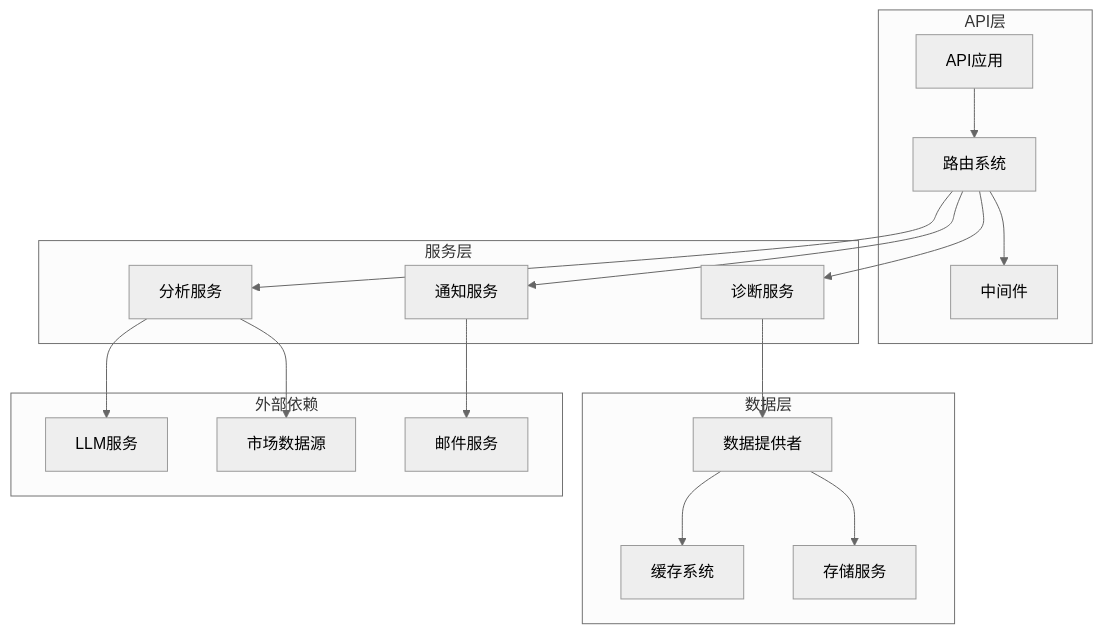
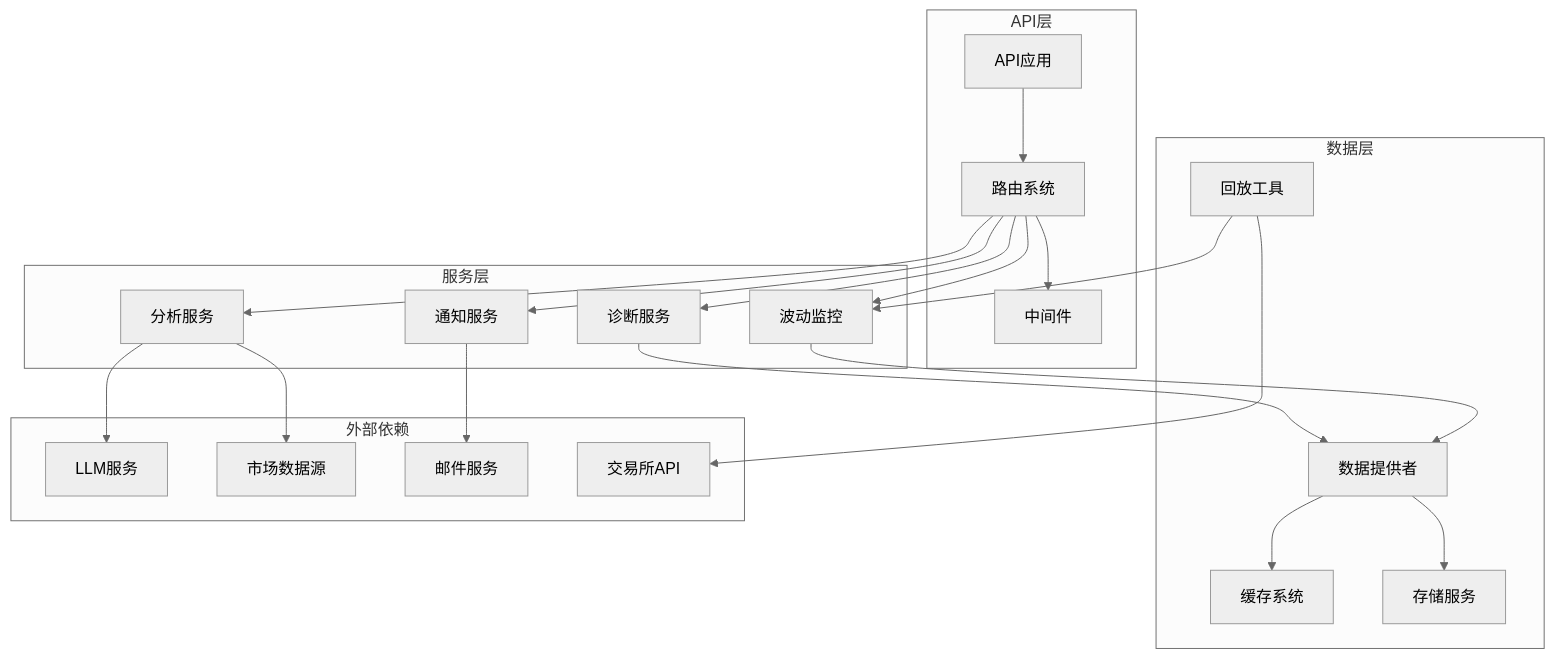
Before and after one commit to anYaoooo/daily_stock_analysis: the seventh of 8 diagrams in .qoder/repowiki/zh/content/故障排除.md, drawn with Mermaid (neutral theme). The commit also changed other lines of this file and 148 other files, not shown here.

````diff
--- a/.qoder/repowiki/zh/content/故障排除.md
+++ b/.qoder/repowiki/zh/content/故障排除.md
@@ -230,34 +301,41 @@
 ```mermaid
 graph TB
 subgraph "API层"
 App["API应用"]
 Router["路由系统"]
 Middleware["中间件"]
 end
 subgraph "服务层"
 Diagnostics["诊断服务"]
 Notification["通知服务"]
 Analysis["分析服务"]
+VolMonitor["波动监控"]
 end
 subgraph "数据层"
 DataProviders["数据提供者"]
 Cache["缓存系统"]
 Storage["存储服务"]
+ReplayTool["回放工具"]
 end
 subgraph "外部依赖"
 LLM["LLM服务"]
 MarketData["市场数据源"]
 Email["邮件服务"]
+CCXT["交易所API"]
 end
 App --> Router
 Router --> Middleware
 Router --> Diagnostics
 Router --> Notification
 Router --> Analysis
+Router --> VolMonitor
 Diagnostics --> DataProviders
 Notification --> Email
 Analysis --> LLM
 Analysis --> MarketData
+VolMonitor --> DataProviders
+ReplayTool --> VolMonitor
+ReplayTool --> CCXT
 DataProviders --> Cache
 DataProviders --> Storage
 ```
````
